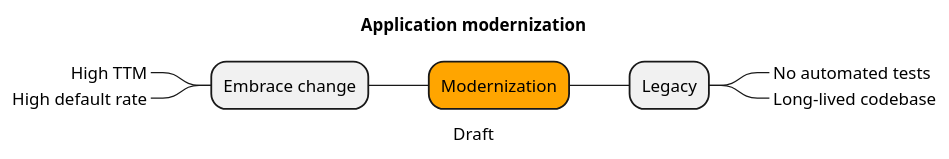
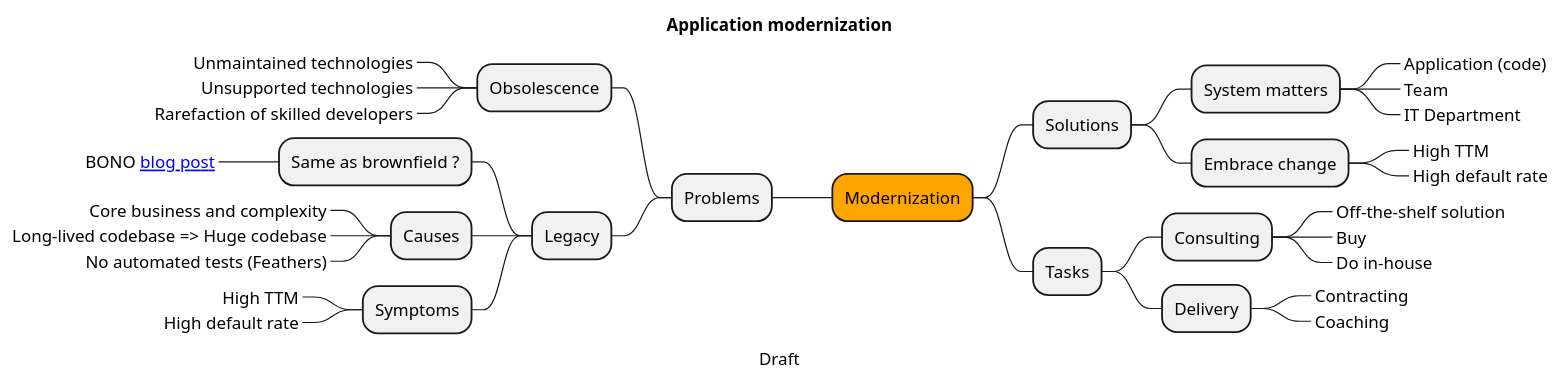
The diagram in mindmap.puml (octo-topi/application-modernization), drawn with PlantUML before and after one commit.

Commit message:
Problems and solutions

```diff
--- a/mindmap.puml
+++ b/mindmap.puml
@@ -1,12 +1,38 @@
 @startmindmap
+
 caption Draft
 title Application modernization
 
 +[#Orange] Modernization
-++ Legacy
-+++_ No automated tests
-+++_ Long-lived codebase
--- Embrace change
----_ High TTM
----_ High default rate
+-- Problems
+--- Obsolescence
+----_ Unmaintained technologies
+----_ Unsupported technologies
+----_ Rarefaction of skilled developers
+--- Legacy
+---- Same as brownfield ?
+-----_ BONO [[https://blog.octo.com/le-brownfield-n'est-pas-du-code-legacy blog post]]
+---- Causes
+-----_ Core business and complexity
+-----_ Long-lived codebase => Huge codebase
+-----_ No automated tests (Feathers)
+---- Symptoms
+-----_ High TTM
+-----_ High default rate
+++ Solutions
++++ System matters
+++++_ Application (code)
+++++_ Team
+++++_ IT Department
++++ Embrace change
+++++_ High TTM
+++++_ High default rate
+++ Tasks
++++ Consulting
+++++_ Off-the-shelf solution
+++++_ Buy
+++++_ Do in-house
++++ Delivery
+++++_ Contracting
+++++_ Coaching
 @endmindmap
```
